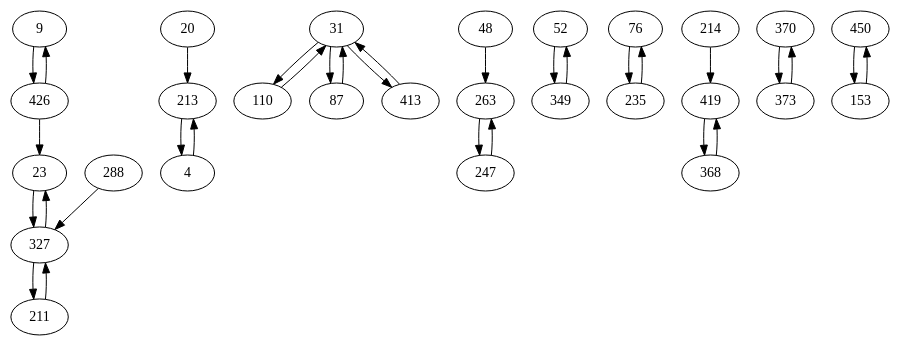
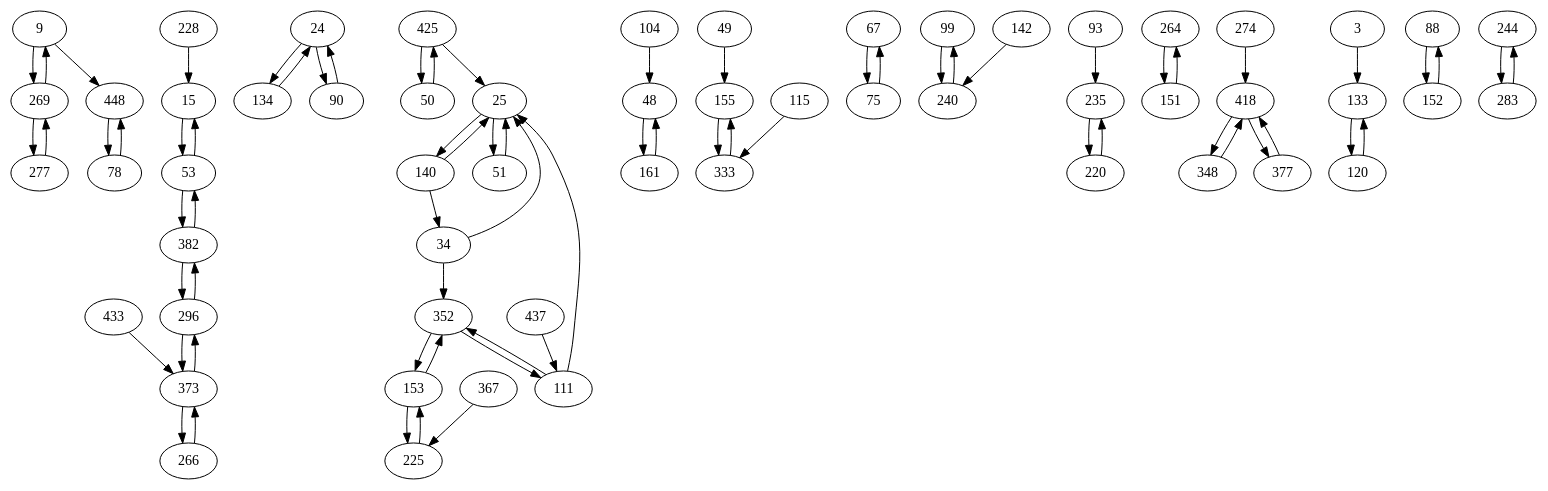
Before and after one commit to AuCson/Genome-Assembly-Implementation: the diagram in external/dbg2olc/RawBestOverlapGraphWithTies.dot, drawn with Graphviz. The commit also changed 79 other files, not shown here.

```diff
--- a/external/dbg2olc/RawBestOverlapGraphWithTies.dot
+++ b/external/dbg2olc/RawBestOverlapGraphWithTies.dot
@@ -1,33 +1,73 @@
 digraph G {
-9 -> 426;
-20 -> 213;
-23 -> 327;
-31 -> 110;
-48 -> 263;
-52 -> 349;
-76 -> 235;
-87 -> 31;
-110 -> 31;
-211 -> 327;
-213 -> 4;
-214 -> 419;
-235 -> 76;
-263 -> 247;
-288 -> 327;
-327 -> 211;
-349 -> 52;
-368 -> 419;
-370 -> 373;
-413 -> 31;
-426 -> 23;
-450 -> 153;
-4 -> 213;
-31 -> 87;
-31 -> 413;
-153 -> 450;
-247 -> 263;
-327 -> 23;
-373 -> 370;
-419 -> 368;
-426 -> 9;
+9 -> 269;
+15 -> 53;
+24 -> 134;
+25 -> 140;
+34 -> 352;
+48 -> 161;
+49 -> 155;
+50 -> 425;
+53 -> 15;
+67 -> 75;
+75 -> 67;
+78 -> 448;
+99 -> 240;
+104 -> 48;
+111 -> 352;
+115 -> 333;
+134 -> 24;
+140 -> 34;
+142 -> 240;
+153 -> 352;
+155 -> 333;
+225 -> 153;
+235 -> 220;
+240 -> 99;
+264 -> 151;
+269 -> 9;
+274 -> 418;
+277 -> 269;
+296 -> 382;
+333 -> 155;
+352 -> 153;
+373 -> 296;
+382 -> 53;
+418 -> 348;
+425 -> 25;
+433 -> 373;
+437 -> 111;
+3 -> 133;
+9 -> 448;
+24 -> 90;
+25 -> 51;
+34 -> 25;
+51 -> 25;
+53 -> 382;
+88 -> 152;
+90 -> 24;
+93 -> 235;
+111 -> 25;
+120 -> 133;
+133 -> 120;
+140 -> 25;
+151 -> 264;
+152 -> 88;
+153 -> 225;
+161 -> 48;
+220 -> 235;
+228 -> 15;
+244 -> 283;
+266 -> 373;
+269 -> 277;
+283 -> 244;
+296 -> 373;
+348 -> 418;
+352 -> 111;
+367 -> 225;
+373 -> 266;
+377 -> 418;
+382 -> 296;
+418 -> 377;
+425 -> 50;
+448 -> 78;
 }
```
